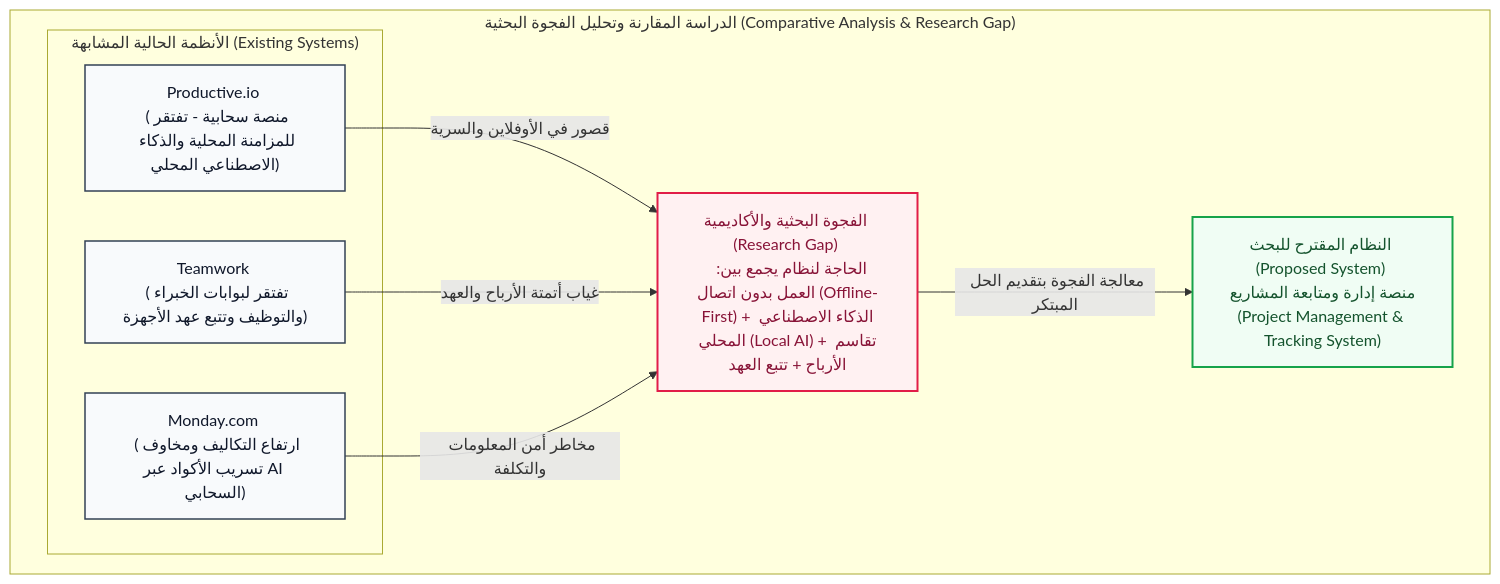
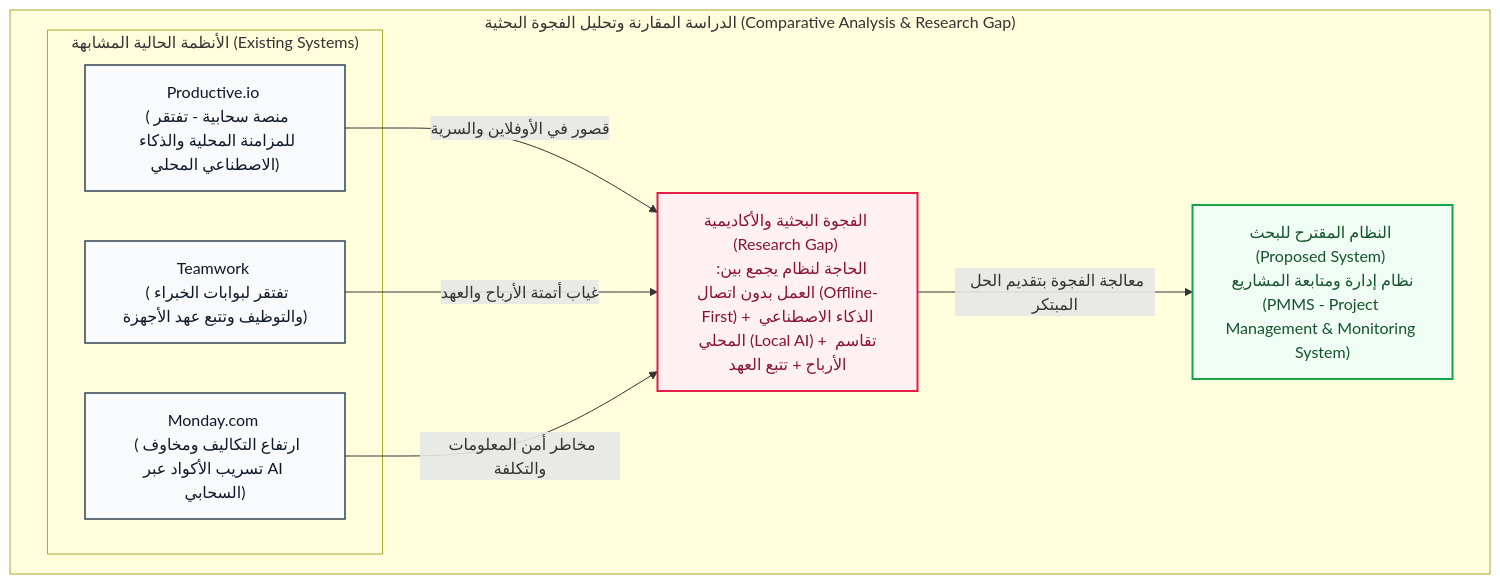
Before and after one commit to Essami779/PMMS: the second of 11 diagrams in 02_Project_Book_Chapters/الهيكل الأساسي والمفصل لمشروع التخرج.md, drawn with Mermaid. The commit also changed other lines of this file and 34 other files, not shown here.

````diff
--- a/02_Project_Book_Chapters/الهيكل الأساسي والمفصل لمشروع التخرج.md
+++ b/02_Project_Book_Chapters/الهيكل الأساسي والمفصل لمشروع التخرج.md
@@ -210,26 +210,26 @@
 ```mermaid
 graph TD
     classDef system fill:#f8fafc,stroke:#334155,stroke-width:1.5px,color:#0f172a;
     classDef gap fill:#fff1f2,stroke:#e11d48,stroke-width:2px,color:#881337;
     classDef solution fill:#f0fdf4,stroke:#16a34a,stroke-width:2px,color:#14532d;
     classDef header fill:#1e293b,stroke:#0f172a,stroke-width:2px,color:#ffffff;
 
     subgraph ComparativeStudy ["الدراسة المقارنة وتحليل الفجوة البحثية (Comparative Analysis & Research Gap)"]
         
         subgraph ExistingSystems ["الأنظمة الحالية المشابهة (Existing Systems)"]
             A1["Productive.io <br> (منصة سحابية - تفتقر للمزامنة المحلية والذكاء الاصطناعي المحلي)"]:::system
             A2["Teamwork <br> (تفتقر لبوابات الخبراء والتوظيف وتتبع عهد الأجهزة)"]:::system
             A3["Monday.com <br> (ارتفاع التكاليف ومخاوف تسريب الأكواد عبر AI السحابي)"]:::system
         end
         
         GapNode["الفجوة البحثية والأكاديمية (Research Gap) <br> الحاجة لنظام يجمع بين: العمل بدون اتصال (Offline-First) + الذكاء الاصطناعي المحلي (Local AI) + تقاسم الأرباح + تتبع العهد"]:::gap
         
-        ProposedNode["النظام المقترح للبحث (Proposed System) <br> منصة إدارة ومتابعة المشاريع (Project Management & Tracking System)"]:::solution
+        ProposedNode["النظام المقترح للبحث (Proposed System) <br> نظام إدارة ومتابعة المشاريع (PMMS - Project Management & Monitoring System)"]:::solution
 
         A1 -->|"قصور في الأوفلاين والسرية"| GapNode
         A2 -->|"غياب أتمتة الأرباح والعهد"| GapNode
         A3 -->|"مخاطر أمن المعلومات والتكلفة"| GapNode
         
         GapNode -->|"معالجة الفجوة بتقديم الحل المبتكر"| ProposedNode
     end
 ```
````
